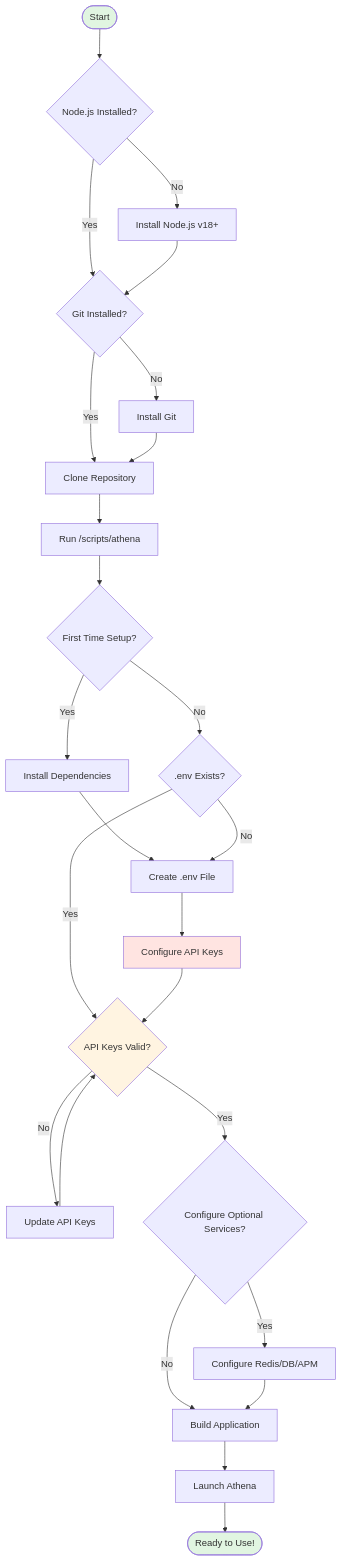
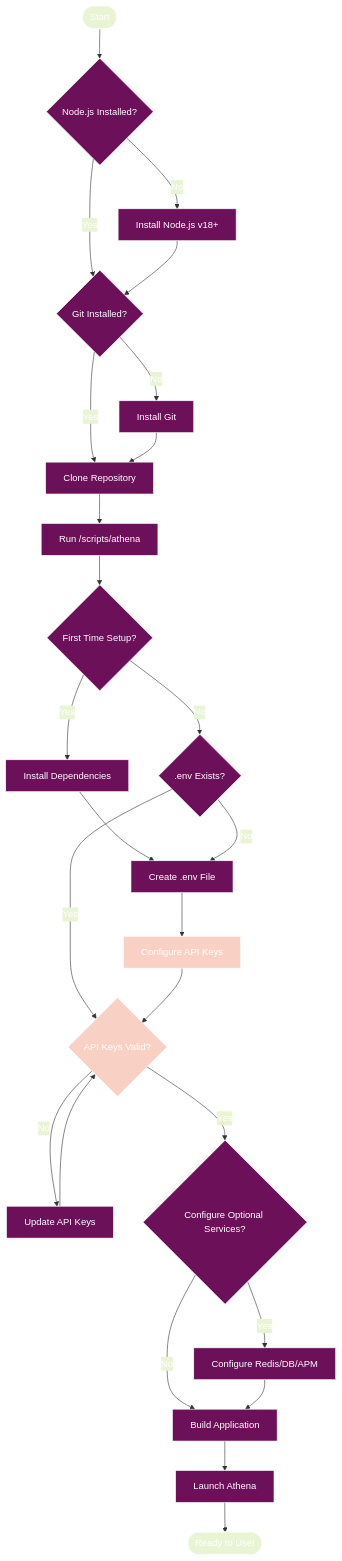
One commit to radicalkjax/Athena changed the first of 11 diagrams in docs/GETTING_STARTED.md. Above: the diagram before and after it, drawn with Mermaid. The commit also changed other lines of this file and 27 other files, not shown here.

Commit message:
Introduction of expo package manager. Updated docs to reflect changes. Unified mermaid theme for docs.

````diff
--- a/docs/GETTING_STARTED.md
+++ b/docs/GETTING_STARTED.md
@@ -29,47 +29,68 @@
 ```mermaid
+%%{init: {
+  'theme': 'base',
+  'themeVariables': {
+    'primaryColor': '#6d105a',
+    'primaryTextColor': '#ffffff',
+    'primaryBorderColor': '#ffffff',
+    'lineColor': '#333333',
+    'secondaryColor': '#e8f4d4',
+    'secondaryTextColor': '#333333',
+    'secondaryBorderColor': '#333333',
+    'tertiaryColor': '#f9d0c4',
+    'tertiaryTextColor': '#333333',
+    'tertiaryBorderColor': '#333333',
+    'background': '#ffffff',
+    'mainBkg': '#6d105a',
+    'secondBkg': '#e8f4d4',
+    'tertiaryBkg': '#f9d0c4',
+    'textColor': '#333333',
+    'fontFamily': 'Arial, sans-serif'
+  }
+}}%%
 flowchart TB
     Start([Start]) --> CheckNode{Node.js Installed?}
     
     CheckNode -->|No| InstallNode[Install Node.js v18+]
     CheckNode -->|Yes| CheckGit{Git Installed?}
     
     InstallNode --> CheckGit
     
     CheckGit -->|No| InstallGit[Install Git]
     CheckGit -->|Yes| Clone[Clone Repository]
     
     InstallGit --> Clone
     
     Clone --> RunScript[Run /scripts/athena]
     
     RunScript --> CheckFirstTime{First Time Setup?}
     
     CheckFirstTime -->|Yes| InstallDeps[Install Dependencies]
     CheckFirstTime -->|No| CheckEnv{.env Exists?}
     
     InstallDeps --> CreateEnv[Create .env File]
     CreateEnv --> ConfigureKeys[Configure API Keys]
     
     CheckEnv -->|No| CreateEnv
     CheckEnv -->|Yes| ValidateKeys{API Keys Valid?}
     
     ConfigureKeys --> ValidateKeys
     
     ValidateKeys -->|No| UpdateKeys[Update API Keys]
     ValidateKeys -->|Yes| CheckOptional{Configure Optional Services?}
     
     UpdateKeys --> ValidateKeys
     
     CheckOptional -->|Yes| ConfigureOptional[Configure Redis/DB/APM]
     CheckOptional -->|No| BuildApp[Build Application]
     
     ConfigureOptional --> BuildApp
     
     BuildApp --> LaunchApp[Launch Athena]
     LaunchApp --> Ready([Ready to Use!])
     
-    style Start fill:#e1f5e1
-    style Ready fill:#e1f5e1
-    style ConfigureKeys fill:#ffe4e1
-    style ValidateKeys fill:#fff4e1
+    style Start fill:#e8f4d4
+    style Ready fill:#e8f4d4
+    style ConfigureKeys fill:#f9d0c4
+    style ValidateKeys fill:#f9d0c4
 ```
````
